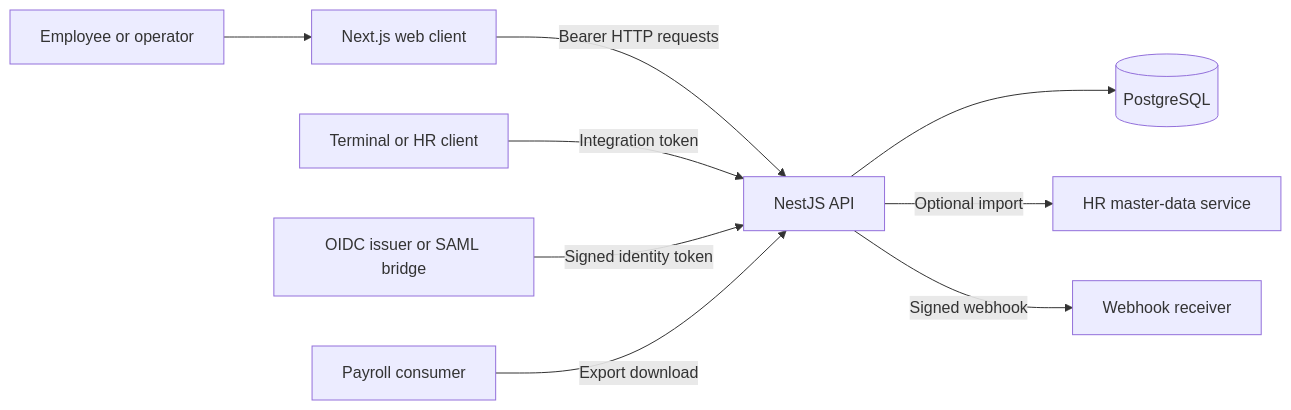
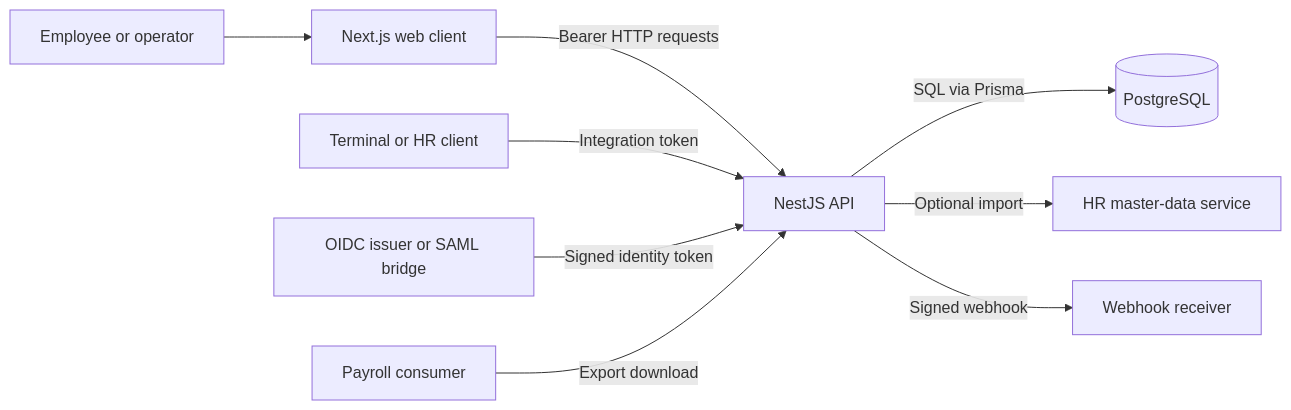
Before and after one commit to sebastianspicker/cueq-campus-workforce: the first of 9 diagrams in ARCHITECTURE.md, drawn with Mermaid. The commit also changed other lines of this file and 2 other files, not shown here.

First line of the commit message:
Document runtime, user journeys, states, and data model in ARCHITECTURE.md

````diff
--- a/ARCHITECTURE.md
+++ b/ARCHITECTURE.md
@@ -14,11 +14,11 @@
 ```mermaid
 flowchart LR
   user[Employee or operator] --> web[Next.js web client]
   web -->|Bearer HTTP requests| api[NestJS API]
   terminal[Terminal or HR client] -->|Integration token| api
   identity[OIDC issuer or SAML bridge] -->|Signed identity token| api
-  api --> db[(PostgreSQL)]
+  api -->|SQL via Prisma| db[(PostgreSQL)]
   api -->|Optional import| hr[HR master-data service]
   api -->|Signed webhook| receiver[Webhook receiver]
   payroll[Payroll consumer] -->|Export download| api
 ```
````
